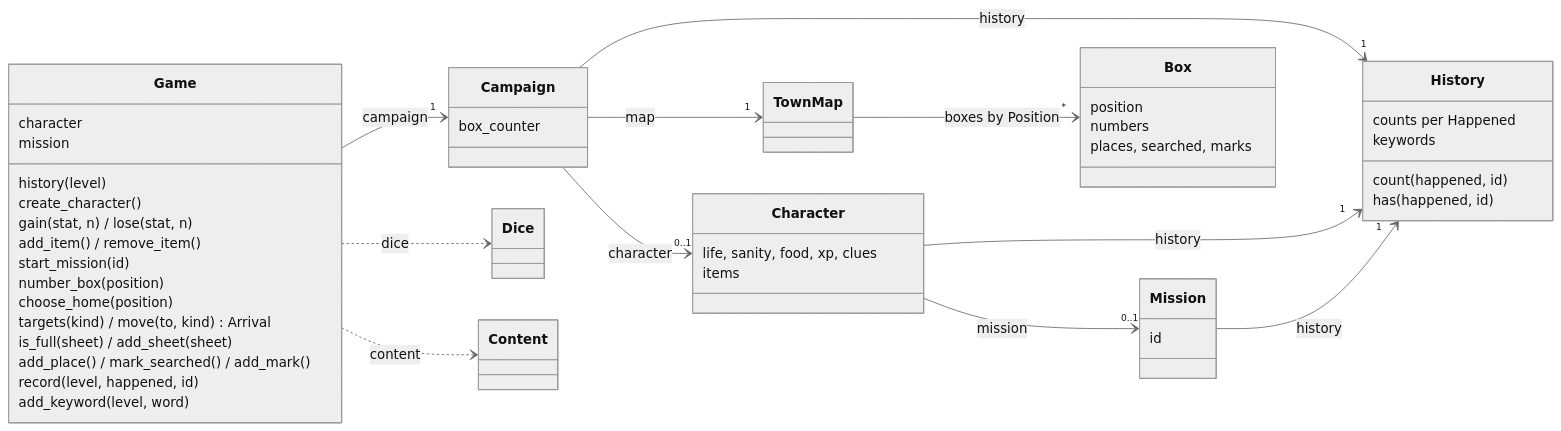
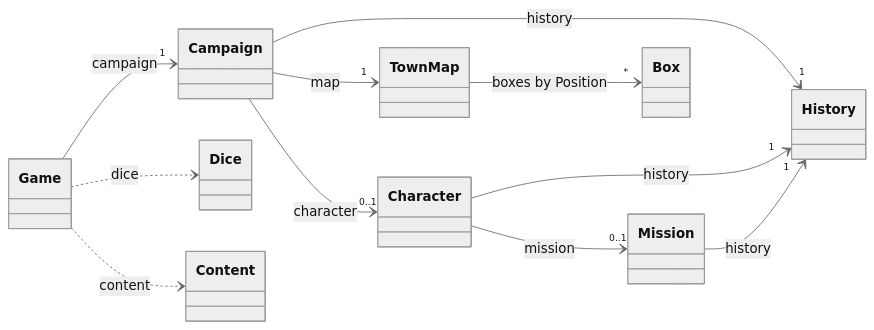
The second of 6 diagrams in docs/architecture.md (NathanChalot/AloneVsFEear), drawn with Mermaid (neutral theme) before and after one commit. The commit also changed other lines of this file and 11 other files, not shown here.

````diff
--- a/docs/architecture.md
+++ b/docs/architecture.md
@@ -86,51 +55,14 @@
 ```mermaid
 classDiagram
     direction LR
     Game --> "1" Campaign : campaign
     Game ..> Dice : dice
     Game ..> Content : content
     Campaign --> "1" TownMap : map
     Campaign --> "1" History : history
     Campaign --> "0..1" Character : character
     Character --> "1" History : history
     Character --> "0..1" Mission : mission
     Mission --> "1" History : history
     TownMap --> "*" Box : boxes by Position
-    class Game {
-        character
-        mission
-        history(level)
-        create_character()
-        gain(stat, n) / lose(stat, n)
-        add_item() / remove_item()
-        start_mission(id)
-        number_box(position)
-        choose_home(position)
-        targets(kind) / move(to, kind) Arrival
-        is_full(sheet) / add_sheet(sheet)
-        add_place() / mark_searched() / add_mark()
-        record(level, happened, id)
-        add_keyword(level, word)
-    }
-    class Campaign {
-        box_counter
-    }
-    class Character {
-        life, sanity, food, xp, clues
-        items
-    }
-    class Mission {
-        id
-    }
-    class History {
-        counts per Happened
-        keywords
-        count(happened, id)
-        has(happened, id)
-    }
-    class Box {
-        position
-        numbers
-        places, searched, marks
-    }
 ```
````
